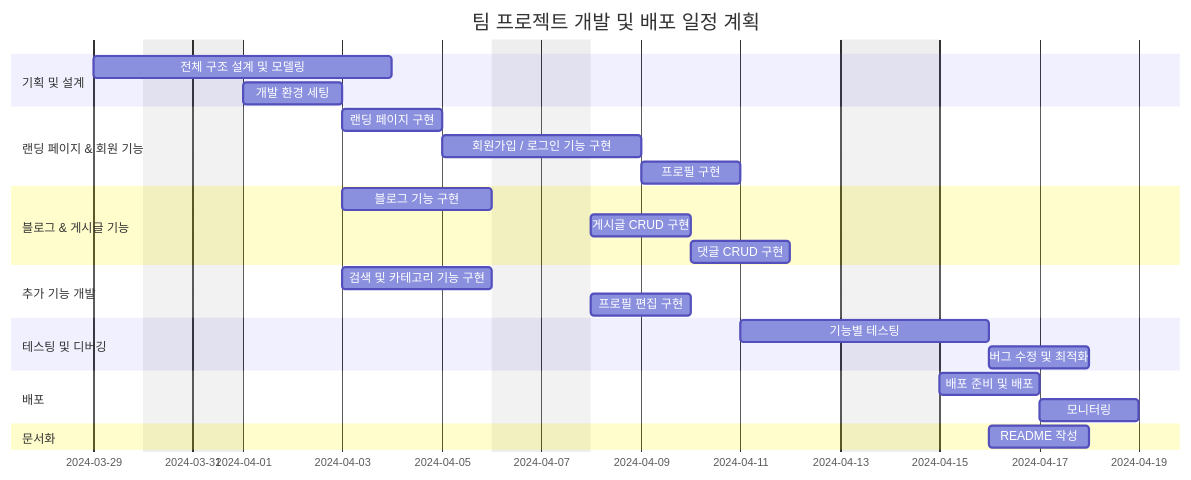
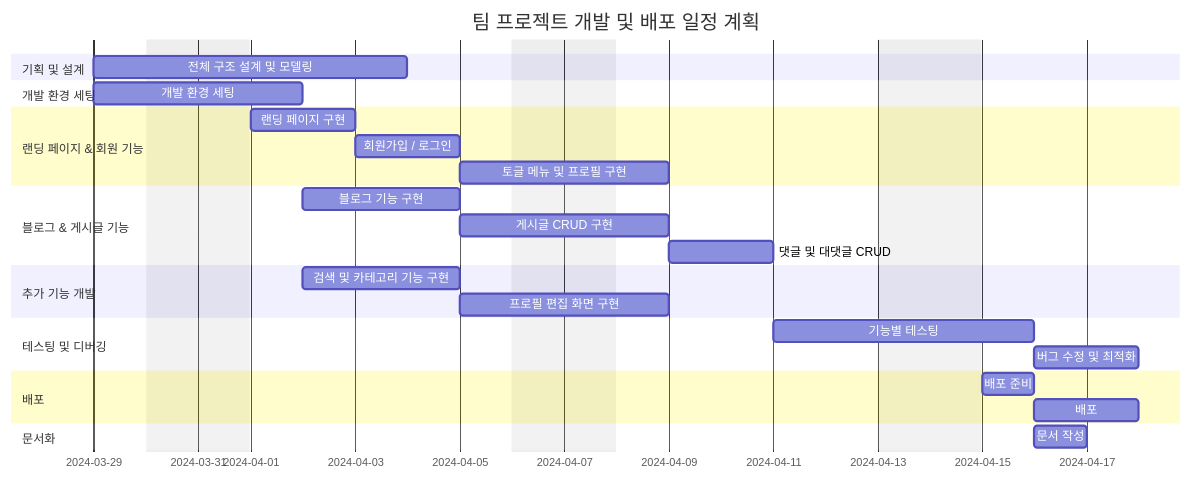
One commit to AI-Inventory-Forecasting-Team/AI-Inventory-Forecast changed the diagram in README.md. Above: the diagram before and after it, drawn with Mermaid.

````diff
--- a/README.md
+++ b/README.md
@@ -2,38 +2,38 @@
 ```mermaid
 gantt
     dateFormat  YYYY-MM-DD
     title 팀 프로젝트 개발 및 배포 일정 계획
     excludes weekends
 
     section 기획 및 설계
-    전체 구조 설계 및 모델링         :des1, 2024-03-29, 4d
-    개발 환경 세팅                 :set1, 2024-04-01, 2d
+    전체 구조 설계 및 모델링 :des1, 2024-03-29, 4d
+
+    section 개발 환경 세팅
+    개발 환경 세팅 :set1, 2024-03-29, 2d
 
     section 랜딩 페이지 & 회원 기능
-    랜딩 페이지 구현 :lan1, after set1, 2d
-    회원가입 / 로그인 기능 구현   : lan2, after lan1, 2d
-    프로필 구현      : lan3, after lan2, 2d
+    랜딩 페이지 구현 :lan1, 2024-04-01, 2d
+    회원가입 / 로그인 : lan2, after lan1, 2d
+    토글 메뉴 및 프로필 구현 : lan3, after lan2, 2d
 
     section 블로그 & 게시글 기능
-    블로그 기능 구현              :blog1, after set1, 3d
-    게시글 CRUD 구현              : blog2, after blog1, 2d
-    댓글 CRUD 구현      : blog3, after blog2, 2d
+    블로그 기능 구현 :blog1, after set1, 3d
+    게시글 CRUD 구현 : blog2, after blog1, 2d
+    댓글 및 대댓글 CRUD : blog3, after blog2, 2d
 
     section 추가 기능 개발
-    검색 및 카테고리 기능 구현     :add1, after set1, 3d
-    프로필 편집 구현         : add2, after add1, 2d
+    검색 및 카테고리 기능 구현 :add1, after set1, 3d
+    프로필 편집 화면 구현 : add2, after add1, 2d
 
     section 테스팅 및 디버깅
-    기능별 테스팅                :test1, 2024-04-11, 3d
-    버그 수정 및 최적화          :test2, after test1, 2d
+    기능별 테스팅 :test1, 2024-04-11, 3d
+    버그 수정 및 최적화 :test2, after test1, 2d
 
     section 배포
-    배포 준비 및 배포       :deploy1, 2024-04-15, 2d
-    모니터링      :deploy2, after deploy1, 2d
+    배포 준비 :deploy1, 2024-04-15, 1d
+    배포 :deploy2, after deploy1, 2d
     
     section 문서화
-    README 작성           : doc1, 2024-04-16, 2d
-
-
+    문서 작성 : doc1, 2024-04-16, 1d
 
 ```
````
